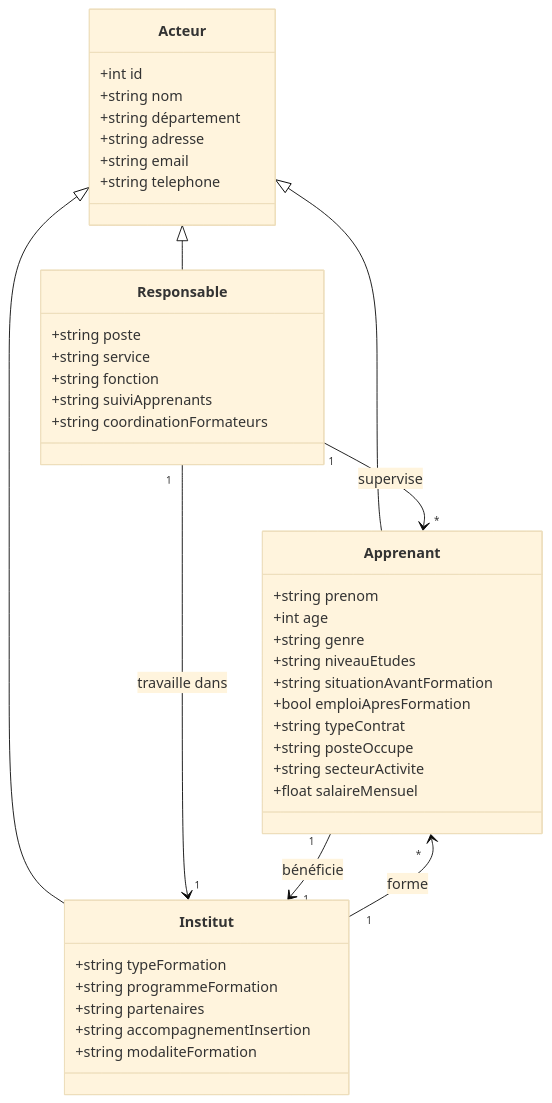
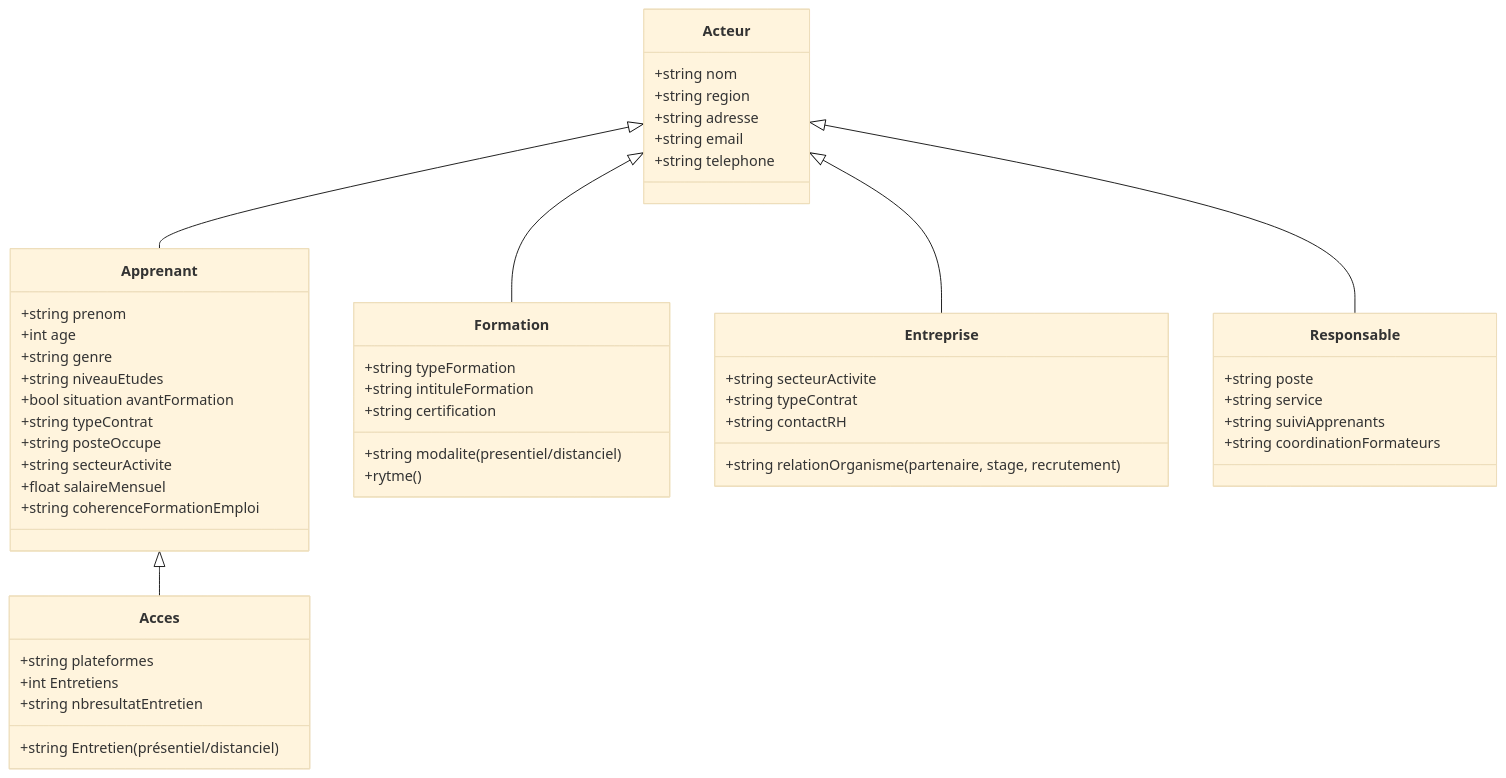
Before and after one commit to bouzidifatimazohra00-ux/inclusion-numerique-93: the diagram in acteurbouzidifatimazohra00.md, drawn with Mermaid (base theme).

````diff
--- a/acteurbouzidifatimazohra00.md
+++ b/acteurbouzidifatimazohra00.md
@@ -1,59 +1,66 @@
 ```mermaid
 
 classDiagram
-direction TB
+    %% Héritage
+    Acteur <|-- Apprenant
+    Acteur <|-- Formation
+    Acteur <|-- Entreprise
+    Acteur <|-- Responsable
+    Apprenant <|-- Acces 
+    %% Classe mère Acteur
+    class Acteur {
+                
+        +string nom
+        +string region
+        +string adresse
+        +string email
+        +string telephone
 
-%% --- Héritage ---
-Acteur <|-- Apprenant
-Acteur <|-- Institut
-Acteur <|-- Responsable
+    }
 
-%% --- Classe Acteur ---
-class Acteur {
-    +int id
-    +string nom
-    +string département 
-    +string adresse
-    +string email
-    +string telephone
+    %% Classe Apprenant
+    class Apprenant {
+        +string prenom
+        +int age
+        +string genre
+        +string niveauEtudes
+        +bool situation avantFormation
+        +string typeContrat
+        +string posteOccupe
+        +string secteurActivite
+        +float salaireMensuel
+        +string coherenceFormationEmploi
 
-}
+    }
+      %% Nouvelle Classe Acces
+    class Acces{
+        +string plateformes
+        +int Entretiens
+        +string Entretien (présentiel/distanciel)
+        +string nbresultatEntretien}
 
-%% --- Classe Apprenant ---
-class Apprenant {
-    +string prenom
-    +int age
-    +string genre
-    +string niveauEtudes
-    +string situationAvantFormation
-    +bool emploiApresFormation
-    +string typeContrat
-    +string posteOccupe
-    +string secteurActivite
-    +float salaireMensuel
-}
+    %% Classe Formation
+    class Formation {
+     +string typeFormation
+        +string intituleFormation
+        +string certification
+        +string modalite (presentiel/distanciel)
+        +rytme ()
+    }
 
-%% --- Classe Institut ---
-class Institut {
-    +string typeFormation
-    +string programmeFormation
-    +string partenaires
-    +string accompagnementInsertion
-    +string modaliteFormation
-}
+    %% Classe Entreprise
+    class Entreprise {
+        +string secteurActivite
+        +string typeContrat
+        +string relationOrganisme (partenaire, stage, recrutement)
+        +string contactRH
+    }
 
-%% --- Classe Responsable ---
-class Responsable {
-    +string poste
-    +string service
-    +string fonction
-    +string suiviApprenants
-    +string coordinationFormateurs
-}
-
-%% --- Relations ---
-Institut "1" --> "*" Apprenant : forme
-Responsable "1" --> "*" Apprenant : supervise
-Responsable "1" --> "1" Institut : travaille dans
-Apprenant "1" --> "1" Institut : bénéficie
+    %% Classe Responsable
+    class Responsable {
+        +string poste
+        +string service
+        +string suiviApprenants
+        +string coordinationFormateurs
+    }
 ```
````
